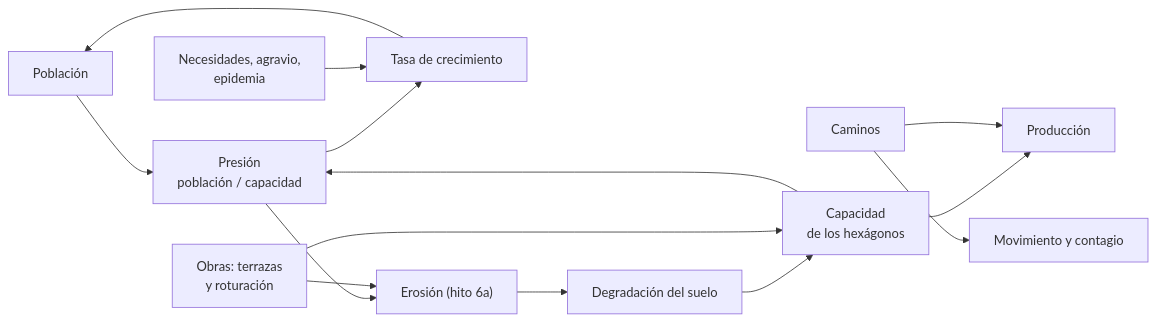
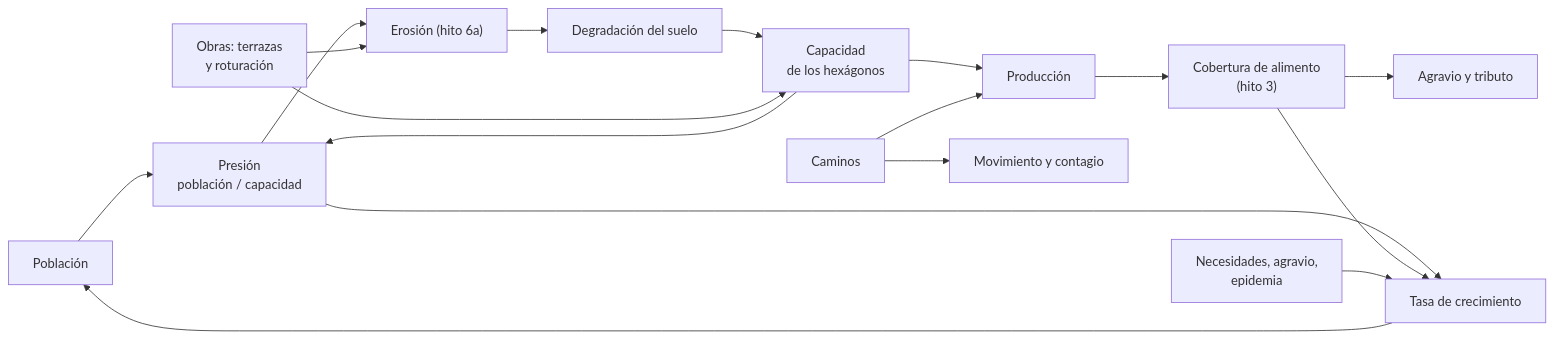
One commit to LeoKonig/curicaueri changed the third of 5 diagrams in docs/arquitectura-prototipoV5.md. Above: the diagram before and after it, drawn with Mermaid. The commit also changed other lines of this file and 2 other files, not shown here.

````diff
--- a/docs/arquitectura-prototipoV5.md
+++ b/docs/arquitectura-prototipoV5.md
@@ -221,16 +221,19 @@
 ```mermaid
 flowchart LR
     PO["Población"] --> PRE["Presión<br/>población / capacidad"]
     CAP["Capacidad<br/>de los hexágonos"] --> PRE
     PRE --> CRE["Tasa de crecimiento"]
+    PD --> COB["Cobertura de alimento<br/>(hito 3)"]
+    COB --> CRE
+    COB --> AGR["Agravio y tributo"]
     NEC["Necesidades, agravio,<br/>epidemia"] --> CRE
     CRE --> PO
     PRE --> ERO["Erosión (hito 6a)"]
     ERO --> DEG["Degradación del suelo"]
     DEG --> CAP
     OBR["Obras: terrazas<br/>y roturación"] --> CAP
     OBR --> ERO
     CAP --> PD["Producción"]
     CAM["Caminos"] --> PD
     CAM --> MOV["Movimiento y contagio"]
 ```
````
